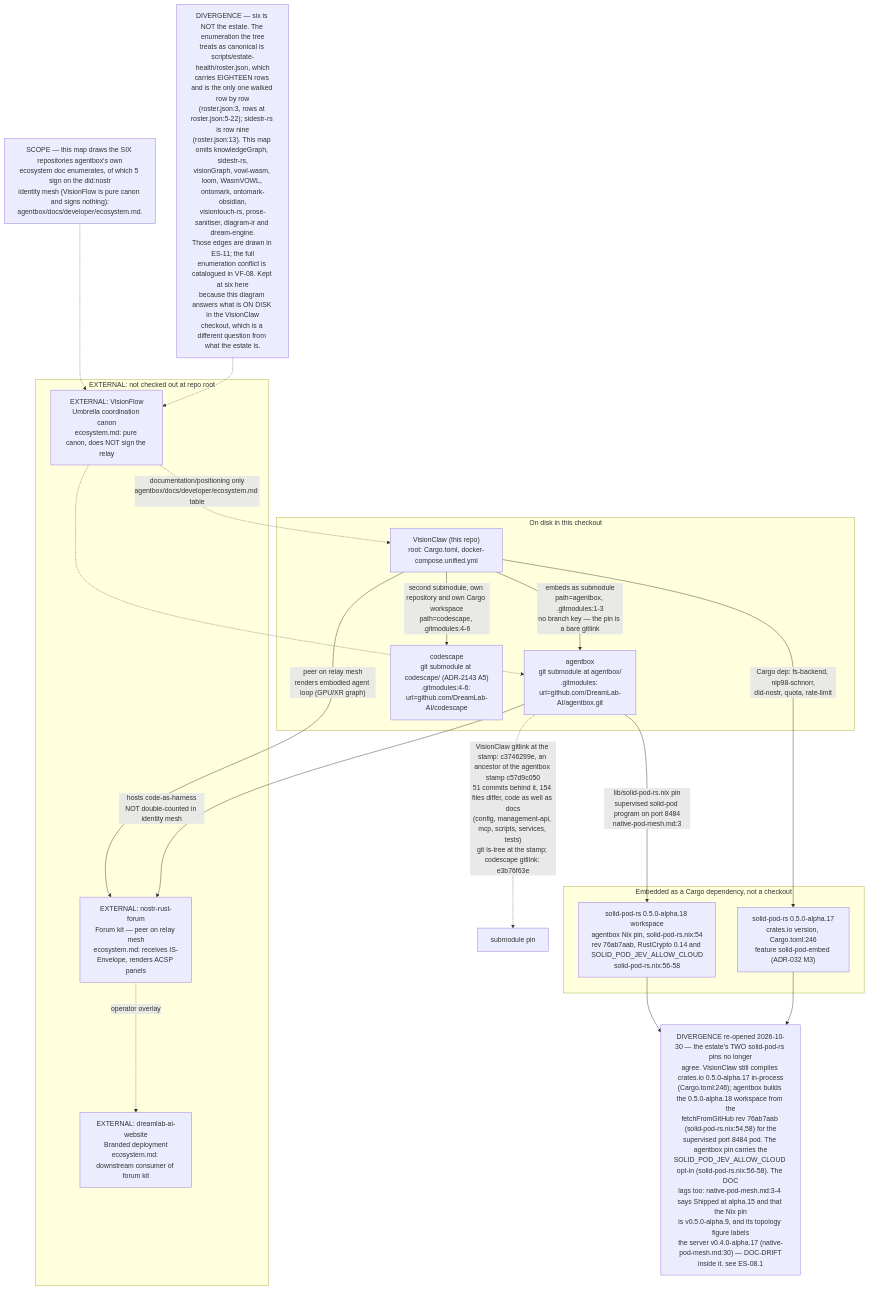
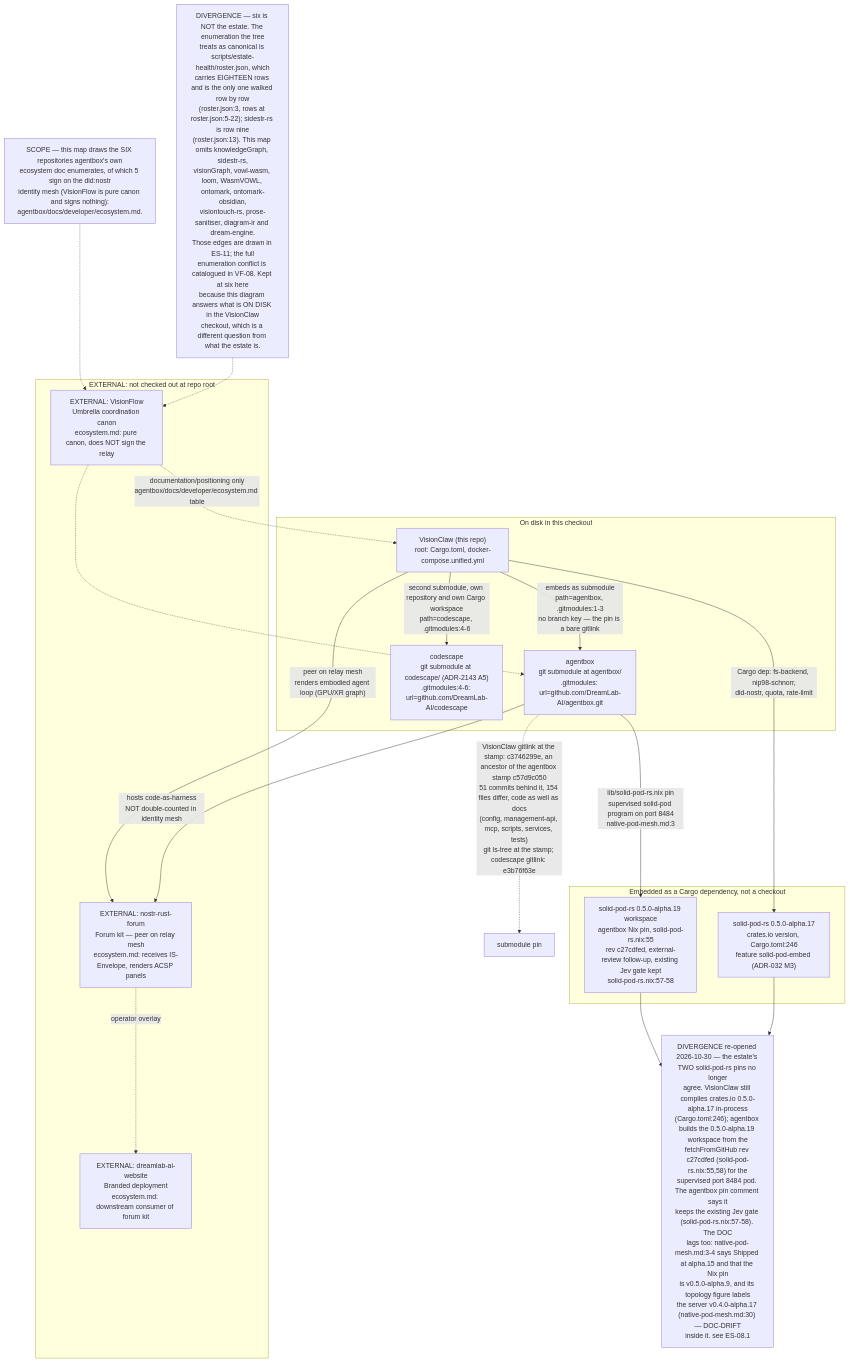
Before and after one commit to DreamLab-AI/VisionFlow: the first of 8 diagrams in docs/diagrams/estate/01-estate-topology.md, drawn with Mermaid. The commit also changed other lines of this file and 2 other files, not shown here.

Commit message:
docs(diagrams): ES-01, VC-28, VC-35 — ADR-2151 partial, re-stamp agentbox at 5cffdd1
Records ADR-2151's implementation_status none -> partial (2026-11-02
reconciliation) as a change; the proposed/inactive-vs-enabled-manifest tension
stands. ES-01 also follows the agentbox solid-pod-rs pin to 0.5.0-alpha.19 at
c27cdfed. VisionClaw keys unchanged: no cited VisionClaw file moved.

````diff
--- a/docs/diagrams/estate/01-estate-topology.md
+++ b/docs/diagrams/estate/01-estate-topology.md
@@ -63,38 +63,38 @@
 ```mermaid
 flowchart TB
     subgraph ONDISK["On disk in this checkout"]
         VC["VisionClaw (this repo)<br/>root: Cargo.toml, docker-compose.unified.yml"]
         AB["agentbox<br/>git submodule at agentbox/<br/>.gitmodules: url=github.com/DreamLab-AI/agentbox.git"]
         CS["codescape<br/>git submodule at codescape/ (ADR-2143 A5)<br/>.gitmodules:4-6: url=github.com/DreamLab-AI/codescape"]
     end
     VC -->|"embeds as submodule<br/>path=agentbox, .gitmodules:1-3<br/>no branch key — the pin is a bare gitlink"| AB
     VC -->|"second submodule, own repository and own Cargo workspace<br/>path=codescape, .gitmodules:4-6"| CS
     AB -.->|"VisionClaw gitlink at the stamp: c3746299e, an ancestor of the agentbox stamp c57d9c050<br/>51 commits behind it, 154 files differ, code as well as docs<br/>(config, management-api, mcp, scripts, services, tests)<br/>git ls-tree at the stamp; codescape gitlink: e3b76f63e"| ABPIN["submodule pin"]
 
     subgraph CRATE["Embedded as a Cargo dependency, not a checkout"]
         SPR["solid-pod-rs 0.5.0-alpha.17<br/>crates.io version, Cargo.toml:246<br/>feature solid-pod-embed (ADR-032 M3)"]
-        SPRN["solid-pod-rs 0.5.0-alpha.18 workspace<br/>agentbox Nix pin, solid-pod-rs.nix:54<br/>rev 76ab7aab, RustCrypto 0.14 and SOLID_POD_JEV_ALLOW_CLOUD<br/>solid-pod-rs.nix:56-58"]
+        SPRN["solid-pod-rs 0.5.0-alpha.19 workspace<br/>agentbox Nix pin, solid-pod-rs.nix:55<br/>rev c27cdfed, external-review follow-up, existing Jev gate kept<br/>solid-pod-rs.nix:57-58"]
     end
     VC -->|"Cargo dep: fs-backend, nip98-schnorr,<br/>did-nostr, quota, rate-limit"| SPR
     AB -->|"lib/solid-pod-rs.nix pin<br/>supervised solid-pod program on port 8484<br/>native-pod-mesh.md:3"| SPRN
 
-    DIVSP["DIVERGENCE re-opened 2026-10-30 — the estate's TWO solid-pod-rs pins no longer<br/>agree. VisionClaw still compiles crates.io 0.5.0-alpha.17 in-process<br/>(Cargo.toml:246); agentbox builds the 0.5.0-alpha.18 workspace from the<br/>fetchFromGitHub rev 76ab7aab (solid-pod-rs.nix:54,58) for the<br/>supervised port 8484 pod. The agentbox pin carries the<br/>SOLID_POD_JEV_ALLOW_CLOUD opt-in (solid-pod-rs.nix:56-58). The DOC<br/>lags too: native-pod-mesh.md:3-4 says Shipped at alpha.15 and that the Nix pin<br/>is v0.5.0-alpha.9, and its topology figure labels<br/>the server v0.4.0-alpha.17 (native-pod-mesh.md:30) — DOC-DRIFT<br/>inside it. see ES-08.1"]
+    DIVSP["DIVERGENCE re-opened 2026-10-30 — the estate's TWO solid-pod-rs pins no longer<br/>agree. VisionClaw still compiles crates.io 0.5.0-alpha.17 in-process<br/>(Cargo.toml:246); agentbox builds the 0.5.0-alpha.19 workspace from the<br/>fetchFromGitHub rev c27cdfed (solid-pod-rs.nix:55,58) for the<br/>supervised port 8484 pod. The agentbox pin comment says it<br/>keeps the existing Jev gate (solid-pod-rs.nix:57-58). The DOC<br/>lags too: native-pod-mesh.md:3-4 says Shipped at alpha.15 and that the Nix pin<br/>is v0.5.0-alpha.9, and its topology figure labels<br/>the server v0.4.0-alpha.17 (native-pod-mesh.md:30) — DOC-DRIFT<br/>inside it. see ES-08.1"]
     SPRN --> DIVSP
     SPR --> DIVSP
 
     subgraph EXTERNAL1["EXTERNAL: not checked out at repo root"]
         VF["EXTERNAL: VisionFlow<br/>Umbrella coordination canon<br/>ecosystem.md: pure canon, does NOT sign the relay"]
         NRF["EXTERNAL: nostr-rust-forum<br/>Forum kit — peer on relay mesh<br/>ecosystem.md: receives IS-Envelope, renders ACSP panels"]
         DAW["EXTERNAL: dreamlab-ai-website<br/>Branded deployment<br/>ecosystem.md: downstream consumer of forum kit"]
     end
     VC -->|"peer on relay mesh<br/>renders embodied agent loop (GPU/XR graph)"| NRF
     AB -->|"hosts code-as-harness<br/>NOT double-counted in identity mesh"| NRF
     NRF -.->|"operator overlay"| DAW
     VF -.->|"documentation/positioning only<br/>agentbox/docs/developer/ecosystem.md table"| VC
     VF -.-> AB
 
     NOTE1["SCOPE — this map draws the SIX repositories agentbox's own<br/>ecosystem doc enumerates, of which 5 sign on the did:nostr<br/>identity mesh (VisionFlow is pure canon and signs nothing):<br/>agentbox/docs/developer/ecosystem.md."]
     NOTE2["DIVERGENCE — six is NOT the estate. The enumeration the tree<br/>treats as canonical is scripts/estate-health/roster.json, which<br/>carries EIGHTEEN rows and is the only one walked row by row<br/>(roster.json:3, rows at roster.json:5-22); sidestr-rs is row nine<br/>(roster.json:13). This map omits knowledgeGraph, sidestr-rs,<br/>visionGraph, vowl-wasm, loom, WasmVOWL, ontomark, ontomark-obsidian,<br/>visiontouch-rs, prose-sanitiser, diagram-ir and dream-engine.<br/>Those edges are drawn in ES-11; the full<br/>enumeration conflict is catalogued in VF-08. Kept at six here<br/>because this diagram answers what is ON DISK in the VisionClaw<br/>checkout, which is a different question from what the estate is."]
     NOTE1 -.-> VF
     NOTE2 -.-> VF
 ```
````
